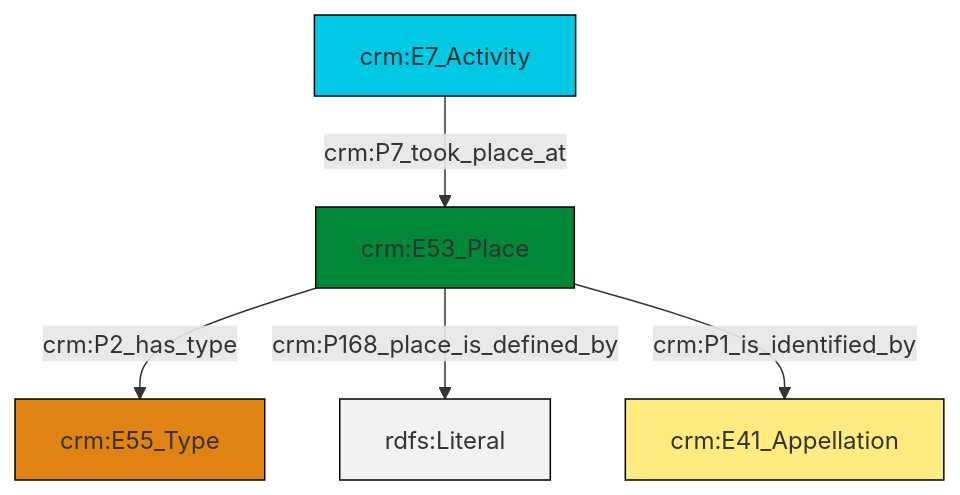
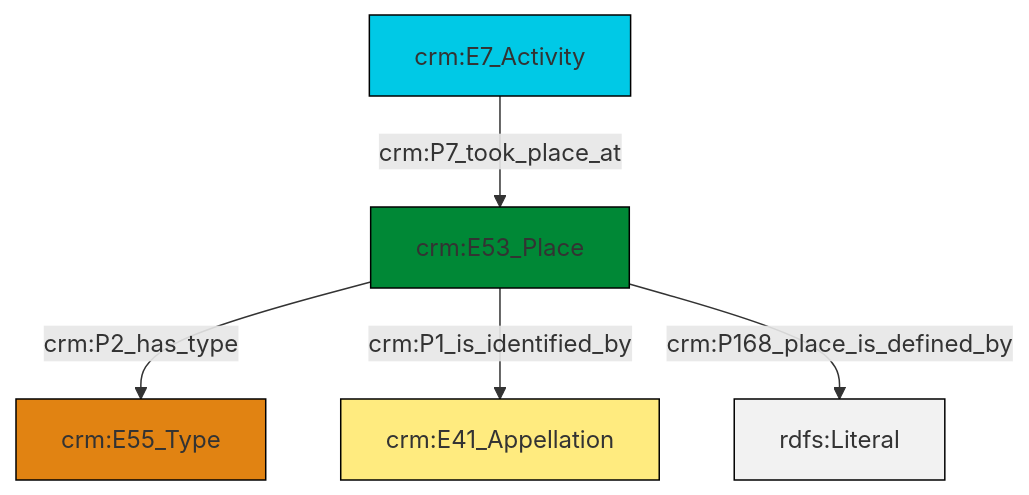
The diagram in et/eventCSV/ttl/mmd/event_location.ttl.mmd (swiss-art-research-net/docs.swissartresearch), drawn with Mermaid before and after one commit. The commit also changed 175 other files, not shown here.

```diff
--- a/et/eventCSV/ttl/mmd/event_location.ttl.mmd
+++ b/et/eventCSV/ttl/mmd/event_location.ttl.mmd
@@ -1,19 +1,19 @@
 graph TD
 classDef Literal fill:#f2f2f2,stroke:#000000;
 classDef CRM_Entity fill:#FFFFFF,stroke:#000000;
 classDef Temporal_Entity fill:#00C9E6, stroke:#000000;
 classDef Type fill:#E18312, stroke:#000000;
 classDef Time-Span fill:#2C9C91, stroke:#000000;
 classDef Appellation fill:#FFEB7F, stroke:#000000;
 classDef Place fill:#008836, stroke:#000000;
 classDef Persistent_Item fill:#B266B2, stroke:#000000;
 classDef Conceptual_Object fill:#FFD700, stroke:#000000;
 classDef Physical_Thing fill:#D2B48C, stroke:#000000;
 classDef Actor fill:#f58aad, stroke:#000000;
 classDef PC_Classes fill:#4ce600, stroke:#000000;
 classDef Multi fill:#cccccc,stroke:#000000;
 
-2["crm:E7_Activity"]:::Temporal_Entity -->|crm:P7_took_place_at| 0["crm:E53_Place"]:::Place
-0["crm:E53_Place"]:::Place -->|crm:P2_has_type| 4["crm:E55_Type"]:::Type
-0["crm:E53_Place"]:::Place -->|crm:P168_place_is_defined_by| 5[rdfs:Literal]:::Literal
-0["crm:E53_Place"]:::Place -->|crm:P1_is_identified_by| 7["crm:E41_Appellation"]:::Appellation
+0["crm:E53_Place"]:::Place -->|crm:P2_has_type| 1["crm:E55_Type"]:::Type
+0["crm:E53_Place"]:::Place -->|crm:P1_is_identified_by| 5["crm:E41_Appellation"]:::Appellation
+0["crm:E53_Place"]:::Place -->|crm:P168_place_is_defined_by| 6[rdfs:Literal]:::Literal
+3["crm:E7_Activity"]:::Temporal_Entity -->|crm:P7_took_place_at| 0["crm:E53_Place"]:::Place
```
